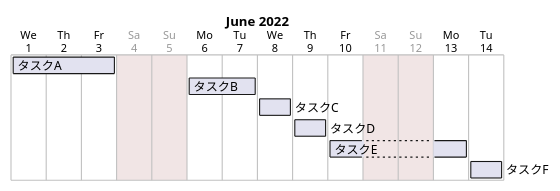
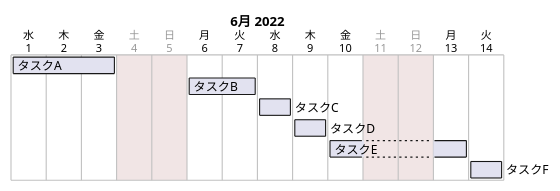
The diagram in docs/plantuml/plantuml-gantt-diagram.pu (yiwkr/asciidoc-docs-tempalte), drawn with PlantUML before and after one commit. The commit also changed 9 other files, not shown here.

```diff
--- a/docs/plantuml/plantuml-gantt-diagram.pu
+++ b/docs/plantuml/plantuml-gantt-diagram.pu
@@ -1,14 +1,15 @@
 @startgantt
 hide footbox
+language ja
 printscale daily zoom 2
 saturday are closed
 sunday are closed
 
 Project starts 2022-06-01
 [タスクA] starts 2022-06-01 and ends 2022-06-03
 [タスクB] starts 2022-06-06 and ends 2022-06-07
 [タスクC] starts 2022-06-08 and ends 2022-06-08
 [タスクD] starts 2022-06-09 and ends 2022-06-09
 [タスクE] starts 2022-06-10 and ends 2022-06-13
 [タスクF] starts 2022-06-14 and ends 2022-06-14
 @endwbsgantt
```
